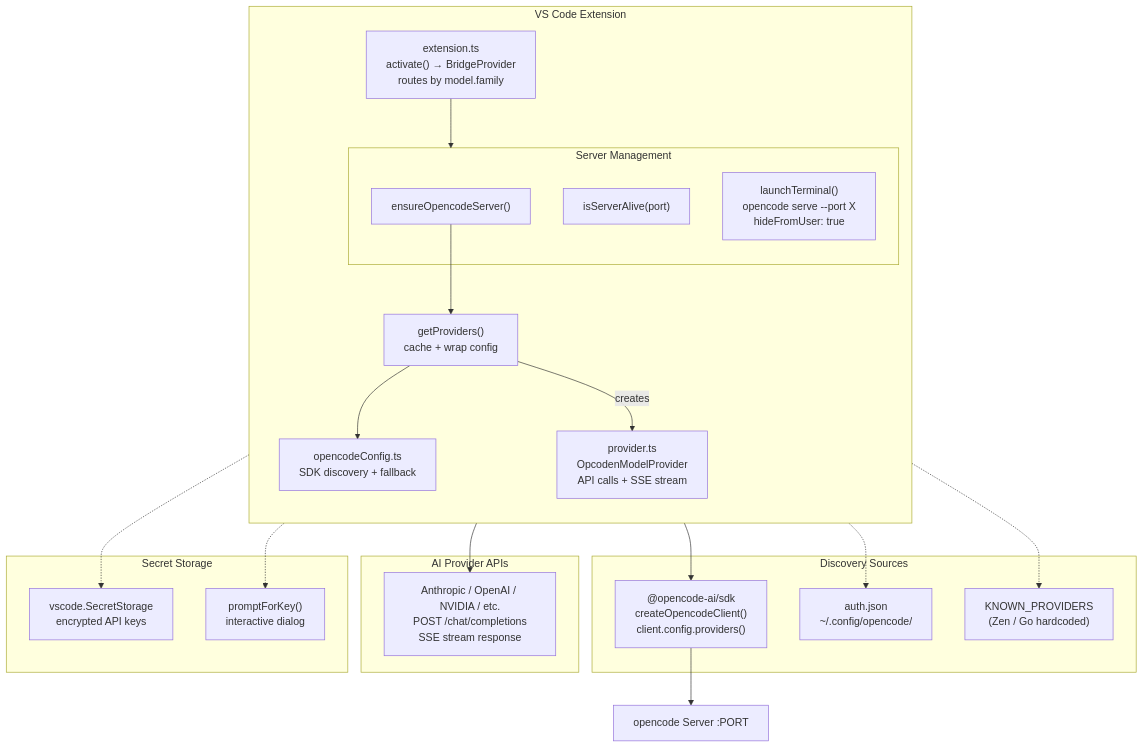
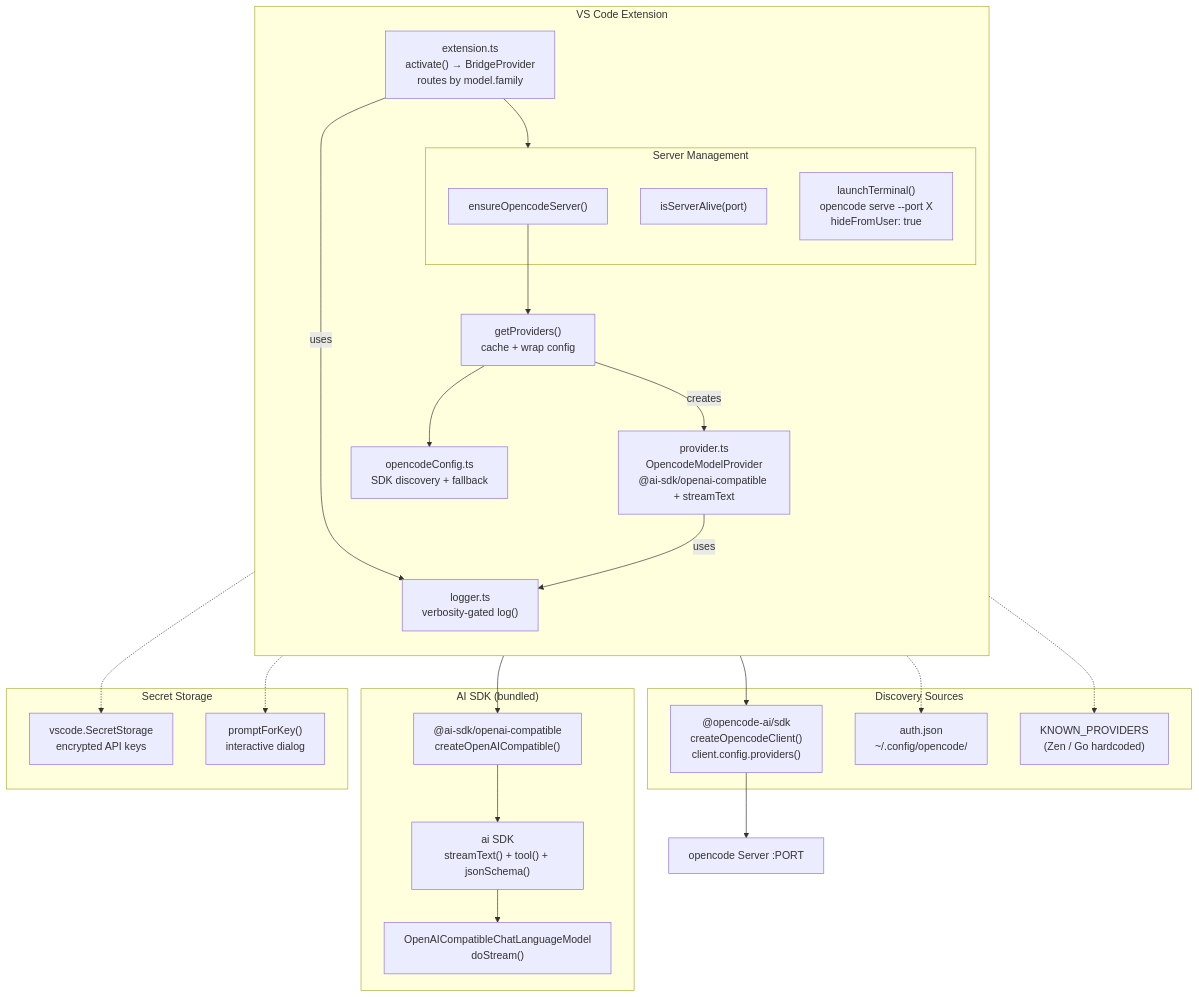
The first of 2 diagrams in ARCHITECTURE.md (ankurmay1988/opencode-provider-bridge), drawn with Mermaid before and after one commit. The commit also changed other lines of this file and 2 other files, not shown here.

Commit message:
feat: Update version to 0.3.1, enhance README with new features and architecture details

````diff
--- a/ARCHITECTURE.md
+++ b/ARCHITECTURE.md
@@ -5,45 +5,52 @@
 ```mermaid
 flowchart TB
     subgraph VSCode["VS Code Extension"]
         direction TB
         ext["extension.ts<br/>activate() → BridgeProvider<br/>routes by model.family"]
 
         subgraph ServerMgmt["Server Management"]
             ensure["ensureOpencodeServer()"]
             alive["isServerAlive(port)"]
             launch["launchTerminal()<br/>opencode serve --port X<br/>hideFromUser: true"]
         end
 
         cache["getProviders()<br/>cache + wrap config"]
         config["opencodeConfig.ts<br/>SDK discovery + fallback"]
-        prov["provider.ts<br/>OpcodenModelProvider<br/>API calls + SSE stream"]
+        prov["provider.ts<br/>OpencodeModelProvider<br/>@ai-sdk/openai-compatible + streamText"]
+        logger["logger.ts<br/>verbosity-gated log()"]
 
         ext --> ServerMgmt
         ensure --> cache
         cache --> config
         cache --creates--> prov
+        ext --uses--> logger
+        prov --uses--> logger
     end
 
     subgraph Discovery["Discovery Sources"]
         sdk["@opencode-ai/sdk<br/>createOpencodeClient()<br/>client.config.providers()"]
         auth["auth.json<br/>~/.config/opencode/"]
         known["KNOWN_PROVIDERS<br/>(Zen / Go hardcoded)"]
     end
 
-    subgraph Execution["AI Provider APIs"]
-        api["Anthropic / OpenAI / NVIDIA / etc.<br/>POST /chat/completions<br/>SSE stream response"]
+    subgraph Execution["AI SDK (bundled)"]
+        aisdk["@ai-sdk/openai-compatible<br/>createOpenAICompatible()"]
+        ai["ai SDK<br/>streamText() + tool() + jsonSchema()"]
+        provider["OpenAICompatibleChatLanguageModel<br/>doStream()"]
     end
 
     subgraph Secrets["Secret Storage"]
         ss["vscode.SecretStorage<br/>encrypted API keys"]
         prompt["promptForKey()<br/>interactive dialog"]
     end
 
     config --> sdk
     config -.-> auth
     config -.-> known
-    prov --> api
+    prov --> aisdk
+    aisdk --> ai
+    ai --> provider
     cache -.-> ss
     ext -.-> prompt
     sdk --> srv["opencode Server :PORT"]
 ```
````
